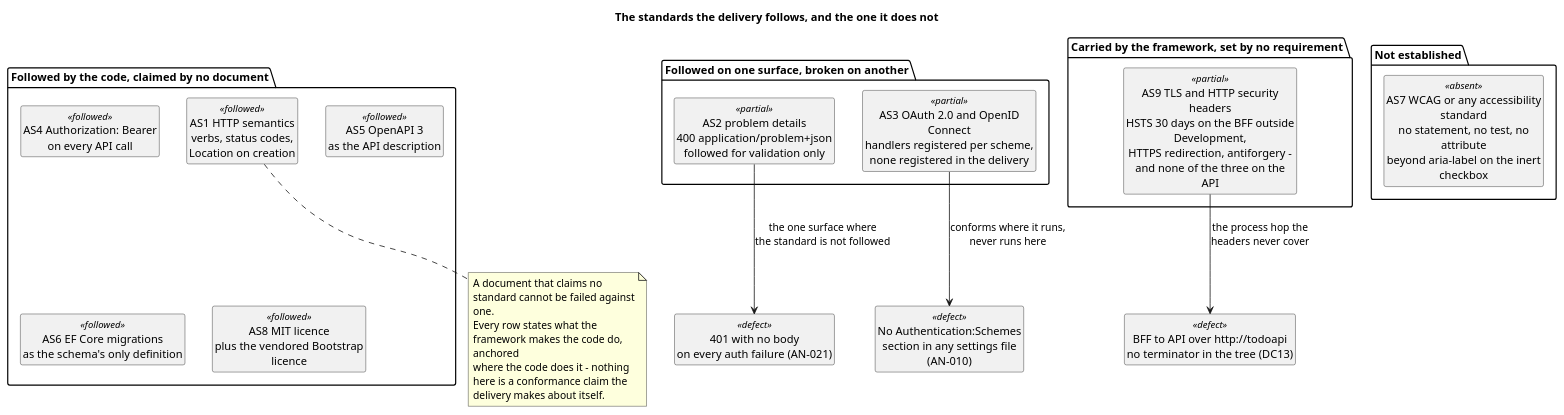
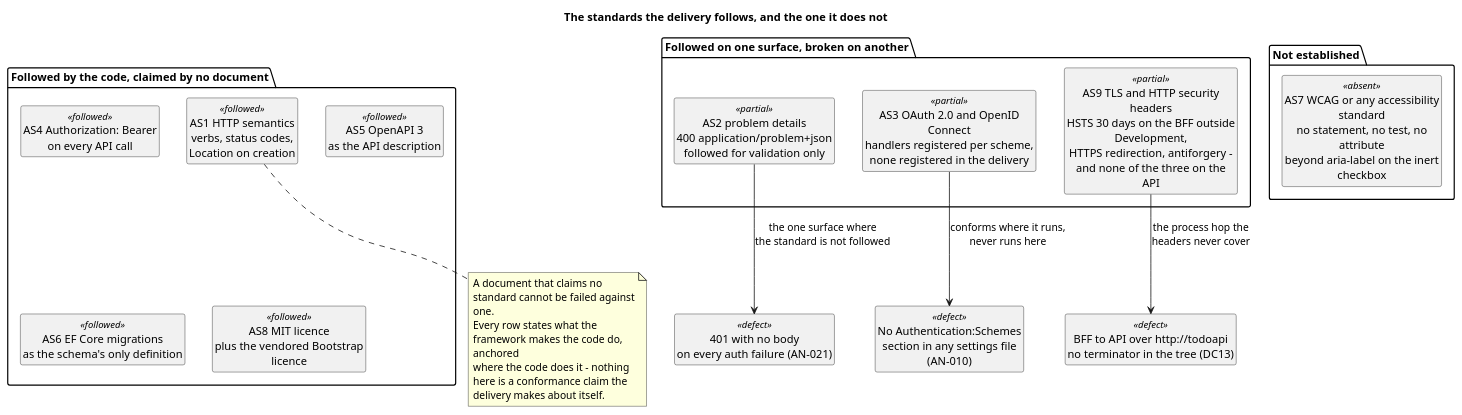
The seventh of 7 diagrams in docs/artifacts/requirements/supplementary-specification.md (banense-test/TodoApp), drawn with PlantUML before and after one commit. The commit also changed other lines of this file, not shown here.

Commit message:
System Analyst [Consolidation1]: upsert Supplementary Specification
[skip ci]

````diff
--- a/docs/artifacts/requirements/supplementary-specification.md
+++ b/docs/artifacts/requirements/supplementary-specification.md
@@ -537,48 +537,45 @@
 ```plantuml
 @startuml
 title The standards the delivery follows, and the one it does not
 
 skinparam shadowing false
 skinparam classAttributeIconSize 0
 skinparam wrapWidth 215
 hide circle
 hide empty members
 
 package "Followed by the code, claimed by no document" {
   class "AS1 HTTP semantics\nverbs, status codes,\nLocation on creation" as AS1 <<followed>>
   class "AS4 Authorization: Bearer\non every API call" as AS4 <<followed>>
   class "AS5 OpenAPI 3\nas the API description" as AS5 <<followed>>
   class "AS6 EF Core migrations\nas the schema's only definition" as AS6 <<followed>>
   class "AS8 MIT licence\nplus the vendored Bootstrap licence" as AS8 <<followed>>
 }
 
 package "Followed on one surface, broken on another" {
   class "AS2 problem details\n400 application/problem+json\nfollowed for validation only" as AS2 <<partial>>
   class "AS3 OAuth 2.0 and OpenID Connect\nhandlers registered per scheme,\nnone registered in the delivery" as AS3 <<partial>>
+  class "AS9 TLS and HTTP security headers\nHSTS 30 days on the BFF outside Development,\nHTTPS redirection, antiforgery -\nand none of the three on the API" as AS9 <<partial>>
 }
 
 package "Not established" {
   class "AS7 WCAG or any accessibility standard\nno statement, no test, no attribute\nbeyond aria-label on the inert checkbox" as AS7 <<absent>>
-}
-
-package "Carried by the framework, set by no requirement" {
-  class "AS9 TLS and HTTP security headers\nHSTS 30 days on the BFF outside Development,\nHTTPS redirection, antiforgery -\nand none of the three on the API" as AS9 <<partial>>
 }
 
 class "401 with no body\non every auth failure (AN-021)" as FAIL <<defect>>
 class "No Authentication:Schemes\nsection in any settings file (AN-010)" as UNREACH <<defect>>
 class "BFF to API over http://todoapi\nno terminator in the tree (DC13)" as PLAIN <<defect>>
 
 AS2 --> FAIL : the one surface where\nthe standard is not followed
 AS3 --> UNREACH : conforms where it runs,\nnever runs here
 AS9 --> PLAIN : the process hop the\nheaders never cover
 
 note bottom of AS1
   A document that claims no standard cannot be failed against one.
   Every row states what the framework makes the code do, anchored
   where the code does it - nothing here is a conformance claim the
   delivery makes about itself.
 end note
 
 @enduml
 ```
````
